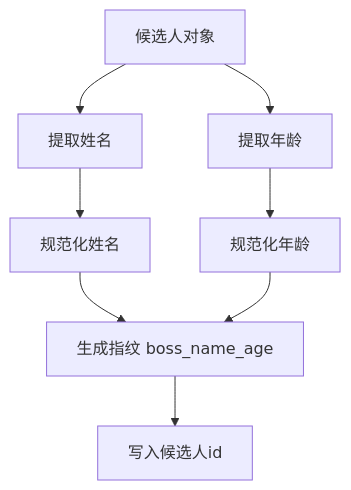
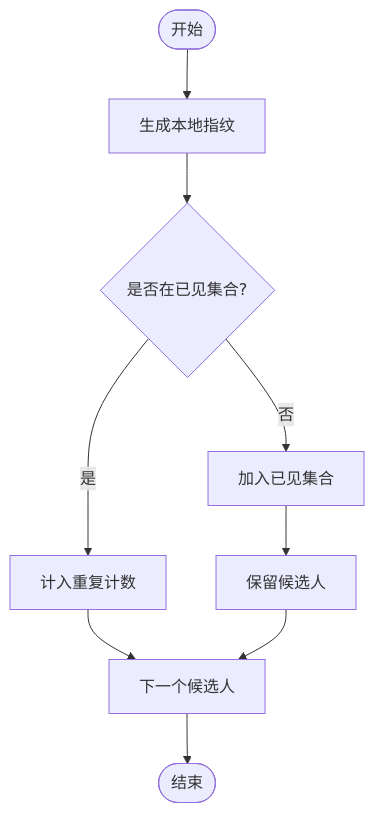
One commit to alvinwangzi/goodhr changed the seventh of 10 diagrams in .qoder/repowiki/zh/content/本地执行器/平台适配器/Boss直聘适配器/候选人数据处理.md. Above: the diagram before and after it, drawn with Mermaid. The commit also changed other lines of this file and 149 other files, not shown here.

````diff
--- a/.qoder/repowiki/zh/content/本地执行器/平台适配器/Boss直聘适配器/候选人数据处理.md
+++ b/.qoder/repowiki/zh/content/本地执行器/平台适配器/Boss直聘适配器/候选人数据处理.md
@@ -272,10 +239,11 @@
 ```mermaid
 flowchart TD
-Input["候选人对象"] --> Name["提取姓名"]
-Input --> Age["提取年龄"]
-Name --> NormName["规范化姓名"]
-Age --> NormAge["规范化年龄"]
-NormName --> Fingerprint["生成指纹 boss_name_age"]
-NormAge --> Fingerprint
-Fingerprint --> Assign["写入候选人id"]
+Start(["开始"]) --> LocalFP["生成本地指纹"]
+LocalFP --> SeenSet{"是否在已见集合?"}
+SeenSet --> |是| Duplicate["计入重复计数"]
+SeenSet --> |否| AddSet["加入已见集合"]
+AddSet --> Keep["保留候选人"]
+Duplicate --> Next["下一个候选人"]
+Keep --> Next
+Next --> End(["结束"])
 ```
````
